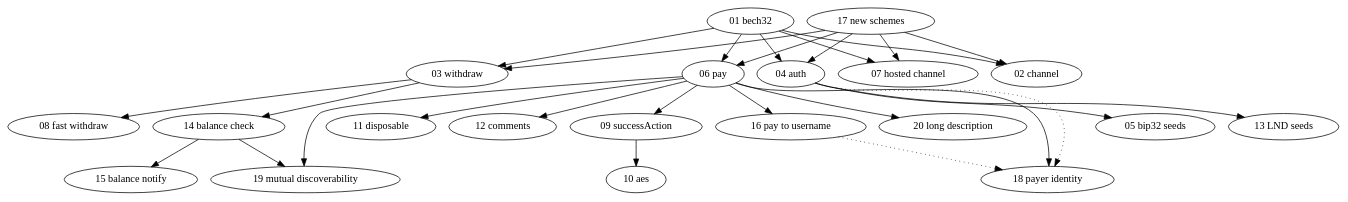
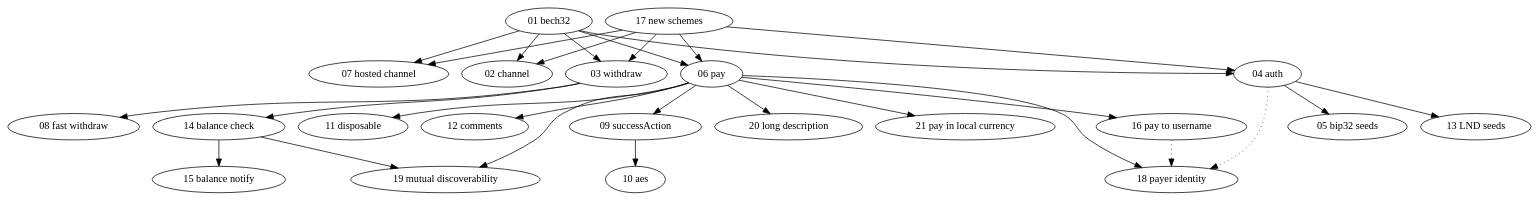
One commit to lnurl/luds changed the diagram in dependencies.dot. Above: the diagram before and after it, drawn with Graphviz. The commit also changed 2 other files, not shown here.

Commit message:
LUD-21: Guarantee payment amount in a localized currency using `payRequest`.

```diff
--- a/dependencies.dot
+++ b/dependencies.dot
@@ -1,35 +1,37 @@
 digraph {
   01[label="01 bech32"]
   02[label="02 channel"]
   03[label="03 withdraw"]
   04[label="04 auth"]
   05[label="05 bip32 seeds"]
   06[label="06 pay"]
   07[label="07 hosted channel"]
   08[label="08 fast withdraw"]
   09[label="09 successAction"]
   10[label="10 aes"]
   11[label="11 disposable"]
   12[label="12 comments"]
   13[label="13 LND seeds"]
   14[label="14 balance check"]
   15[label="15 balance notify"]
   16[label="16 pay to username"]
   17[label="17 new schemes"]
   18[label="18 payer identity"]
   19[label="19 mutual discoverability"]
   20[label="20 long description"]
+  21[label="21 pay in local currency"]
 
   { 01 17 } -> { 02 03 04 06 07 } // base protocols depend on URL format
   04 -> { 05 13 } // lnurl-auth seed generation methods
   03 -> 08 // fast withdraw
   03 -> 14 -> 15 // balanceCheck/balanceNotify
+  06 -> 09 -> 10 // lnurl-pay successAction
   06 -> 11 // disposable lnurl-pay
+  06 -> 12 // lnurl-pay comments
+  06 -> 16 // paying to user@domain.com
+  06 -> 18 // lnurl-pay payer ids
   06 -> 20 // long description
-  06 -> 09 -> 10 // lnurl-pay successAction
-  06 -> 12 // lnurl-pay comments
-  06 -> 18 // lnurl-pay payer ids
+  06 -> 21 // guarantee payment amount in localized currency
   { 04 16 } -> 18 [style="dotted"] // loose relationship of payer id with lnurl-auth and lightning address
-  06 -> 16 // paying to user@domain.com
   { 06 14 } -> 19 // mutually discoverable pay and withdraw links
 }
```
